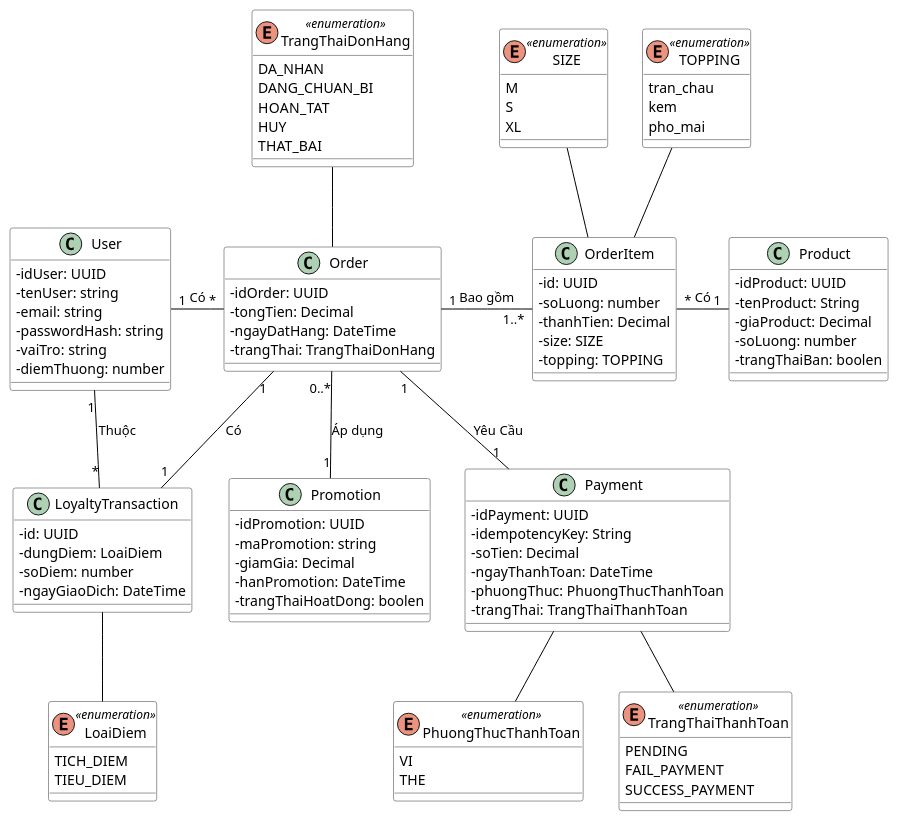
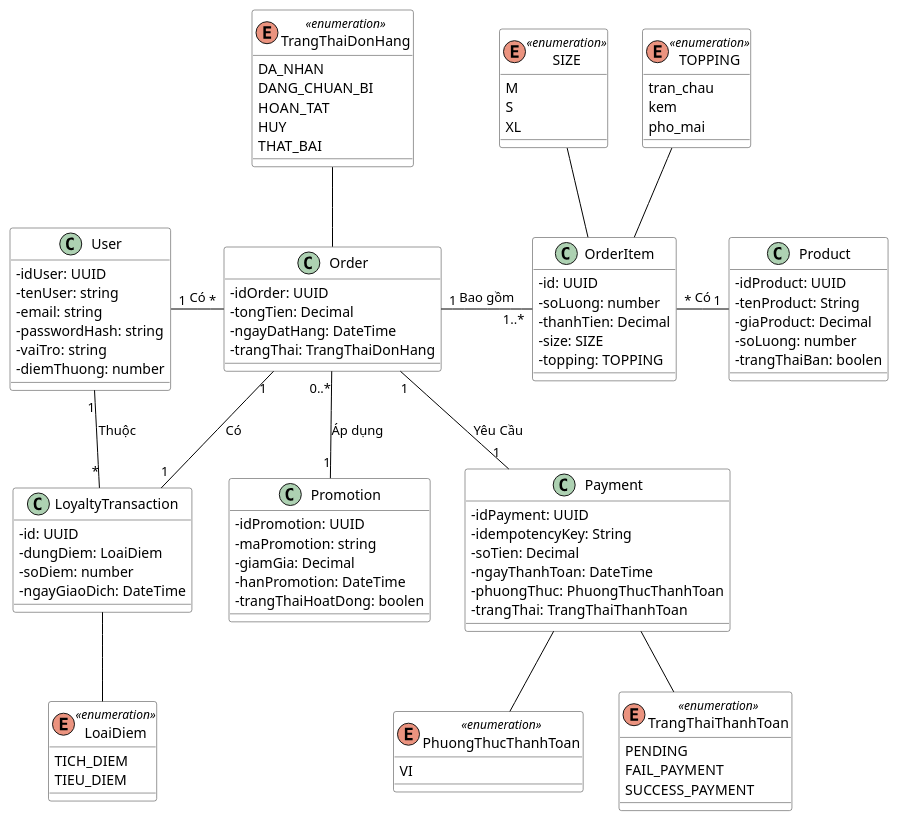
One commit to nvthuan06/brewlite changed the diagram in docs/diagrams/class_diagram/class_diagram.puml. Above: the diagram before and after it, drawn with PlantUML. The commit also changed 7 other files, not shown here.

```diff
--- a/docs/diagrams/class_diagram/class_diagram.puml
+++ b/docs/diagrams/class_diagram/class_diagram.puml
@@ -1,122 +1,121 @@
 @startuml
 skinparam classAttributeIconSize 0
 skinparam roundcorner 5
 skinparam class {
     BackgroundColor White
     ArrowColor Black
     BorderColor #333333
 }
 
 ' ================= ENUMS =================
 enum TrangThaiDonHang <<enumeration>> {
     DA_NHAN
     DANG_CHUAN_BI
     HOAN_TAT
     HUY
     THAT_BAI
 }
 
 enum SIZE <<enumeration>> {
     M
     S
     XL
 }
 
 enum TOPPING <<enumeration>> {
     tran_chau
     kem
     pho_mai
 }
 
 enum LoaiDiem <<enumeration>> {
     TICH_DIEM
     TIEU_DIEM
 }
 
 enum TrangThaiThanhToan <<enumeration>> {
     PENDING
     FAIL_PAYMENT
     SUCCESS_PAYMENT
 }
 
 enum PhuongThucThanhToan <<enumeration>> {
     VI
-    THE
 }
 
 ' ================= CLASSES =================
 class User {
     - idUser: UUID
     - tenUser: string
     - email: string
     - passwordHash: string
     - vaiTro: string
     - diemThuong: number
 }
 
 class Order {
     - idOrder: UUID
     - tongTien: Decimal
     - ngayDatHang: DateTime
     - trangThai: TrangThaiDonHang
 }
 
 class OrderItem {
     - id: UUID
     - soLuong: number
     - thanhTien: Decimal
     - size: SIZE
     - topping: TOPPING
 }
 
 class Product {
     - idProduct: UUID
     - tenProduct: String
     - giaProduct: Decimal
     - soLuong: number
     - trangThaiBan: boolen
 }
 
 class LoyaltyTransaction {
     - id: UUID
     - dungDiem: LoaiDiem
     - soDiem: number
     - ngayGiaoDich: DateTime
 }
 
 class Payment {
     - idPayment: UUID
     - idempotencyKey: String
     - soTien: Decimal
     - ngayThanhToan: DateTime
     - phuongThuc: PhuongThucThanhToan
     - trangThai: TrangThaiThanhToan
 }
 
 class Promotion {
     - idPromotion: UUID
     - maPromotion: string
     - giamGia: Decimal
     - hanPromotion: DateTime
     - trangThaiHoatDong: boolen
 }
 
 ' ================= RELATIONSHIPS =================
 User "1" -right- "*" Order : Có
 Order "1" -right- "1..*" OrderItem : Bao gồm
 OrderItem "*" -right- "1" Product : Có
 
 User "1" -down- "*" LoyaltyTransaction : Thuộc
 Order "1" -down- "1" LoyaltyTransaction : Có
 
 Order "1" -down- "1" Payment : Yêu Cầu
 Order "0..*" -down- "1" Promotion : Áp dụng 
 
 ' ================= LIÊN KẾT ENUM =================
 Order -up- TrangThaiDonHang
 OrderItem -up- SIZE
 OrderItem -up- TOPPING
 LoyaltyTransaction -down- LoaiDiem
 Payment -down- TrangThaiThanhToan
 Payment -down- PhuongThucThanhToan
 @enduml
```
